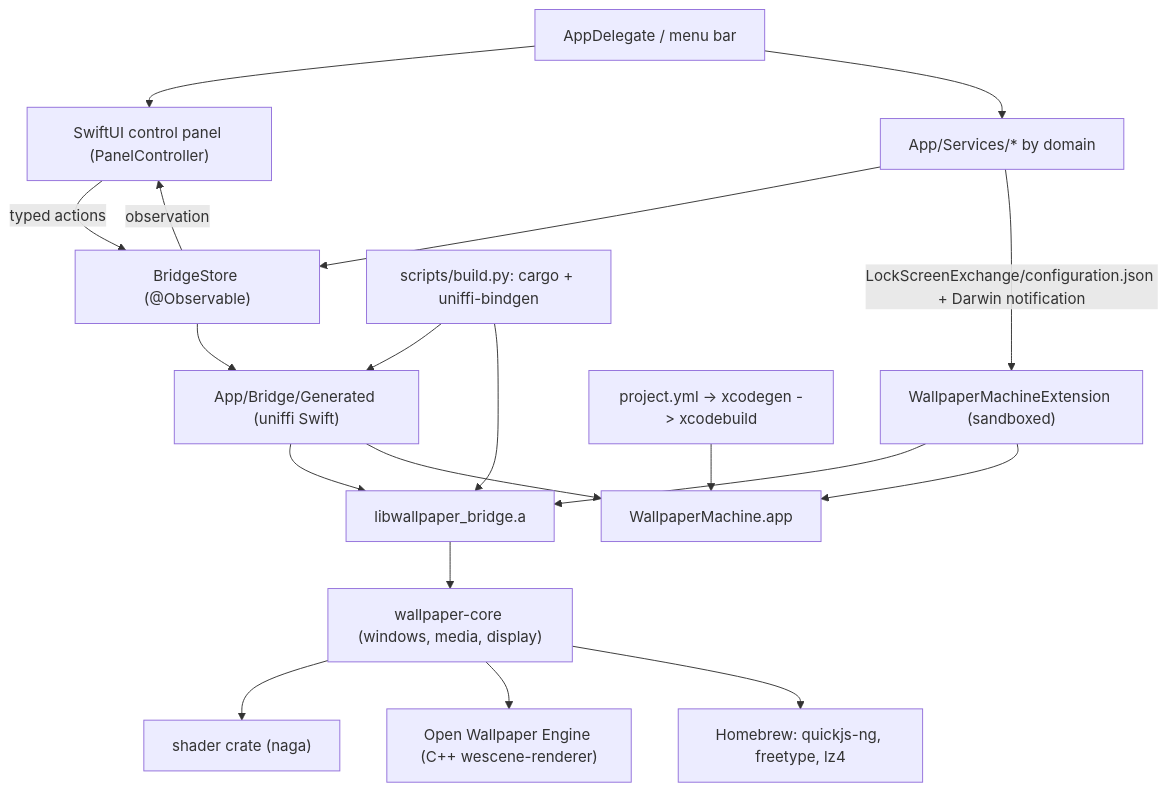
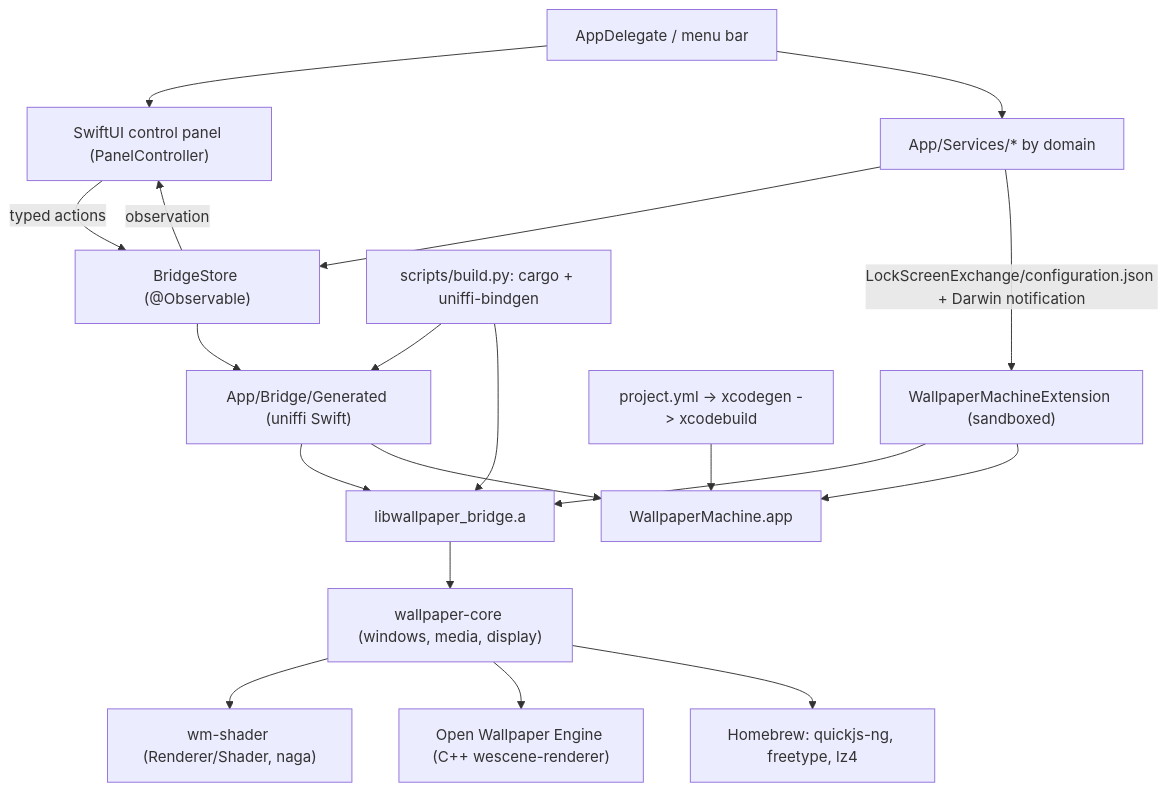
One commit to MMFoundation/WallpaperMachine changed the diagram in docs/architecture.md. Above: the diagram before and after it, drawn with Mermaid. The commit also changed other lines of this file and 185 other files, not shown here.

First line of the commit message:
refactor(shader): replace the imported shader crate with the clean-room wm-shader

````diff
--- a/docs/architecture.md
+++ b/docs/architecture.md
@@ -14,21 +14,21 @@
 ```mermaid
 flowchart TD
   Shell["AppDelegate / menu bar"] --> Panel["SwiftUI control panel (PanelController)"]
   Panel -->|"typed actions"| Store["BridgeStore (@Observable)"]
   Store -->|"observation"| Panel
   Shell --> Services["App/Services/* by domain"]
   Services --> Store
   Store --> Generated["App/Bridge/Generated (uniffi Swift)"]
   Generated --> BridgeLib["libwallpaper_bridge.a"]
   BridgeLib --> Core["wallpaper-core (windows, media, display)"]
-  Core --> Shader["shader crate (naga)"]
+  Core --> Shader["wm-shader (Renderer/Shader, naga)"]
   Core --> OWE["Open Wallpaper Engine (C++ wescene-renderer)"]
   Core --> Brew["Homebrew: quickjs-ng, freetype, lz4"]
   Services -->|"LockScreenExchange/configuration.json + Darwin notification"| Ext["WallpaperMachineExtension (sandboxed)"]
   Ext --> BridgeLib
   Cargo["scripts/build.py: cargo + uniffi-bindgen"] --> Generated
   Cargo --> BridgeLib
   XcodeGen["project.yml -> xcodegen -> xcodebuild"] --> App["WallpaperMachine.app"]
   Generated --> App
   Ext --> App
 ```
````
